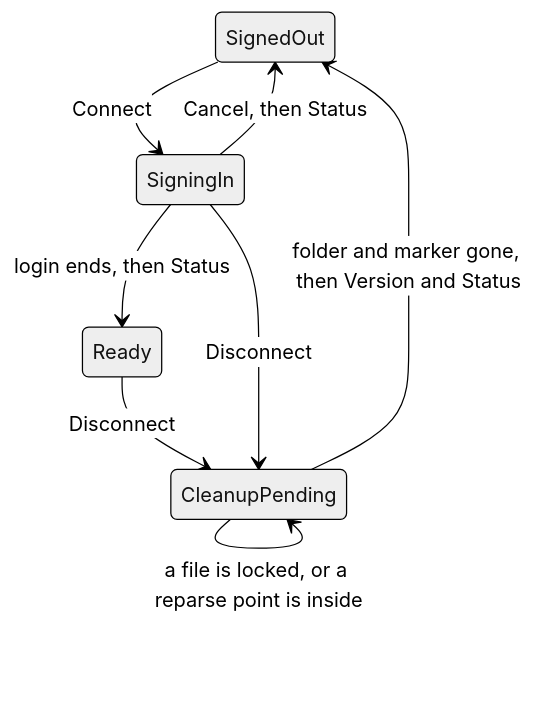
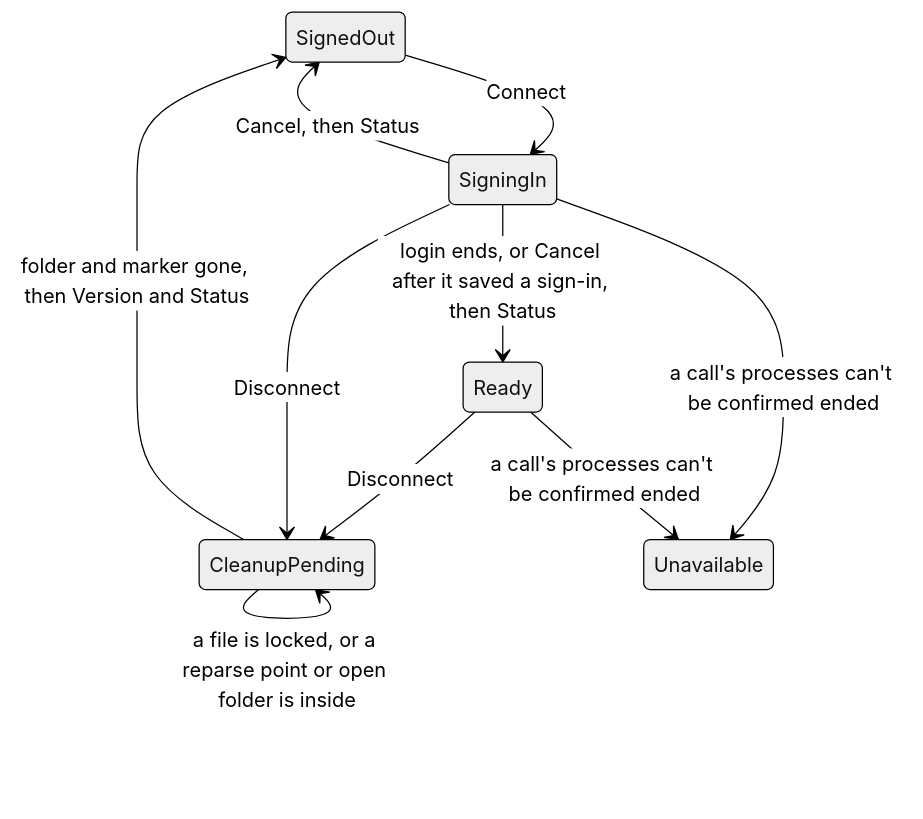
The third of 4 diagrams in docs/development/claude-code.md (labcoder/capsula), drawn with Mermaid (neutral theme) before and after one commit. The commit also changed other lines of this file and 9 other files, not shown here.

````diff
--- a/docs/development/claude-code.md
+++ b/docs/development/claude-code.md
@@ -203,10 +204,12 @@
 ```mermaid
 stateDiagram-v2
     SignedOut --> SigningIn: Connect
     SigningIn --> SignedOut: Cancel, then Status
-    SigningIn --> Ready: login ends, then Status
+    SigningIn --> Ready: login ends, or Cancel after it saved a sign-in, then Status
     Ready --> CleanupPending: Disconnect
     SigningIn --> CleanupPending: Disconnect
     CleanupPending --> SignedOut: folder and marker gone, then Version and Status
-    CleanupPending --> CleanupPending: a file is locked, or a reparse point is inside
+    CleanupPending --> CleanupPending: a file is locked, or a reparse point or open folder is inside
+    SigningIn --> Unavailable: a call's processes can't be confirmed ended
+    Ready --> Unavailable: a call's processes can't be confirmed ended
 ```
````
